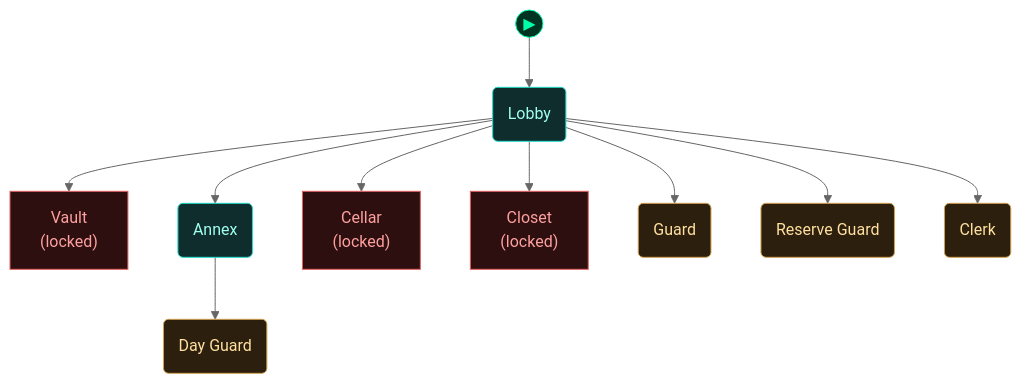
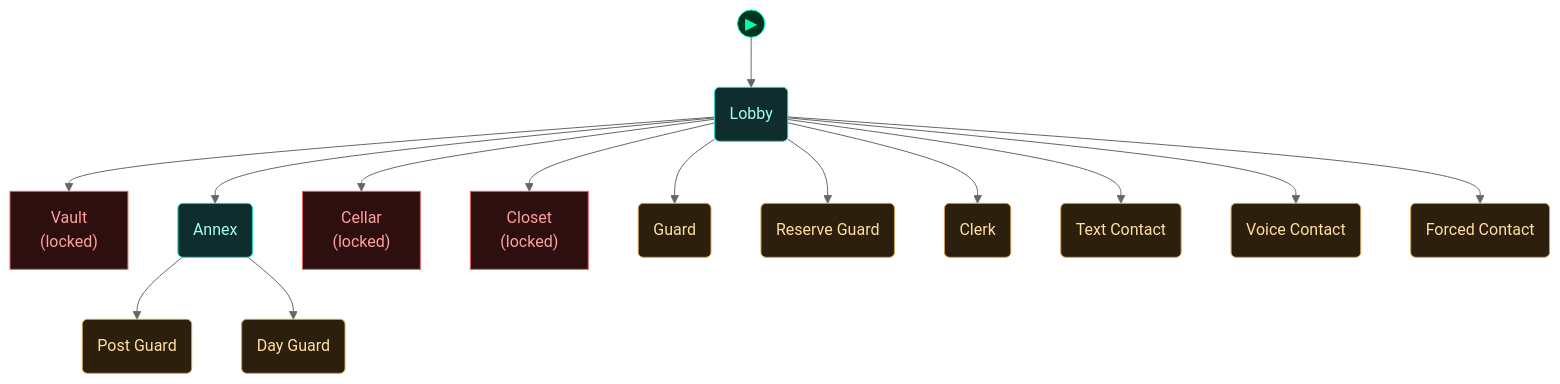
Before and after one commit to cliffe/BreakEscape: the fifth of 5 diagrams in scenarios/test_hidden_hostiles/dungeon_graph.md, drawn with Mermaid (neutral theme). The commit also changed 2 other files, not shown here.

Commit message:
test_hidden_hostiles: a forced phone contact and a crawling annex hostile for the reload and other-room combat-hold live proofs; graph refreshed

````diff
--- a/scenarios/test_hidden_hostiles/dungeon_graph.md
+++ b/scenarios/test_hidden_hostiles/dungeon_graph.md
@@ -213,45 +213,53 @@
 ```mermaid
 flowchart TD
 
   classDef room      fill:#0f2d2d,stroke:#22ddcc,color:#a0ffee
   classDef lock      fill:#2d0f0f,stroke:#e66060,color:#ffa0a0
   classDef key       fill:#2d0812,stroke:#e66060,color:#ffa0a0
   classDef item      fill:#2d1200,stroke:#e89030,color:#ffcc80
   classDef gate      fill:#111,stroke:#666,color:#eee
   classDef vm        fill:#0c1f40,stroke:#4a90d9,color:#a0c8ff
   classDef flag      fill:#1a0c2d,stroke:#9060d0,color:#cc99ff
   classDef action    fill:#1a1200,stroke:#cc9922,color:#ffee88
   classDef aim       fill:#0d2a0d,stroke:#44cc44,color:#88ff88
   classDef aim_gate  fill:#111111,stroke:#44cc44,color:#44cc44
   classDef container fill:#1a2d1a,stroke:#60b060,color:#a0e0a0
   classDef npc       fill:#2d1f0d,stroke:#d0a050,color:#ffe0a0
   classDef critical  fill:#2a1500,stroke:#ffaa00,color:#ffdd88
   classDef start     fill:#003322,stroke:#00ffaa,color:#00ffaa
 
   node_start(("▶"))
   node_start --> lobby
 
   lobby("Lobby")
   vault["Vault<br/>(locked)"]
   annex("Annex")
   cellar["Cellar<br/>(locked)"]
   closet["Closet<br/>(locked)"]
   rc_npc_guard_1("Guard")
   rc_npc_reserve_guard_2("Reserve Guard")
   rc_npc_clerk_3("Clerk")
-  rc_npc_day_guard_4("Day Guard")
+  rc_npc_text_contact_4("Text Contact")
+  rc_npc_voice_contact_5("Voice Contact")
+  rc_npc_forced_contact_6("Forced Contact")
+  rc_npc_post_guard_7("Post Guard")
+  rc_npc_day_guard_8("Day Guard")
 
   lobby --> vault
   lobby --> annex
   lobby --> closet
   lobby --> cellar
   lobby --> rc_npc_guard_1
   lobby --> rc_npc_reserve_guard_2
   lobby --> rc_npc_clerk_3
-  annex --> rc_npc_day_guard_4
+  lobby --> rc_npc_text_contact_4
+  lobby --> rc_npc_voice_contact_5
+  lobby --> rc_npc_forced_contact_6
+  annex --> rc_npc_post_guard_7
+  annex --> rc_npc_day_guard_8
 
   class lobby,annex room
   class vault,cellar,closet lock
-  class rc_npc_guard_1,rc_npc_reserve_guard_2,rc_npc_clerk_3,rc_npc_day_guard_4 npc
+  class rc_npc_guard_1,rc_npc_reserve_guard_2,rc_npc_clerk_3,rc_npc_text_contact_4,rc_npc_voice_contact_5,rc_npc_forced_contact_6,rc_npc_post_guard_7,rc_npc_day_guard_8 npc
   class node_start start
 ```
````
